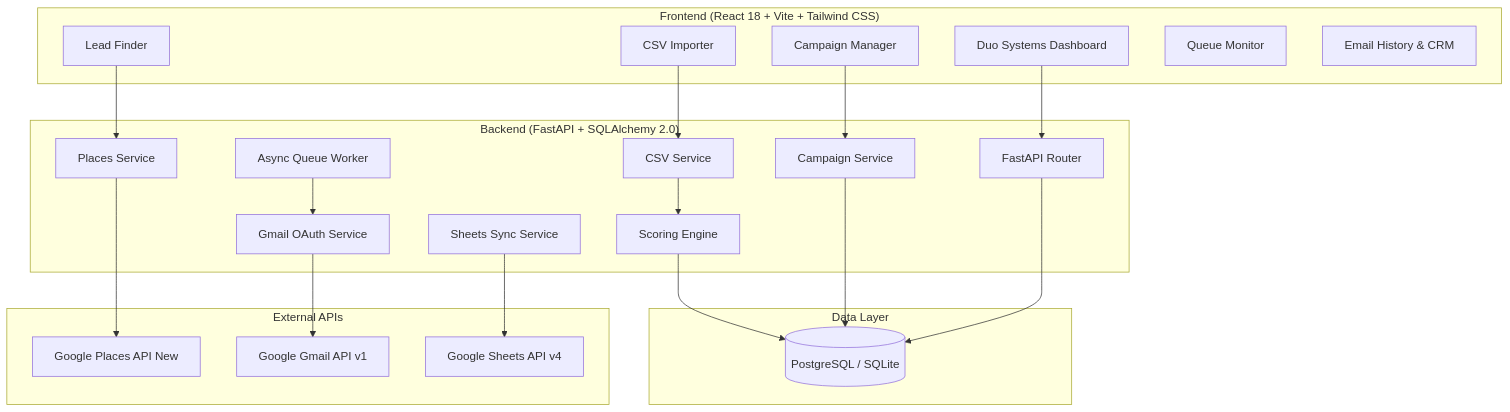
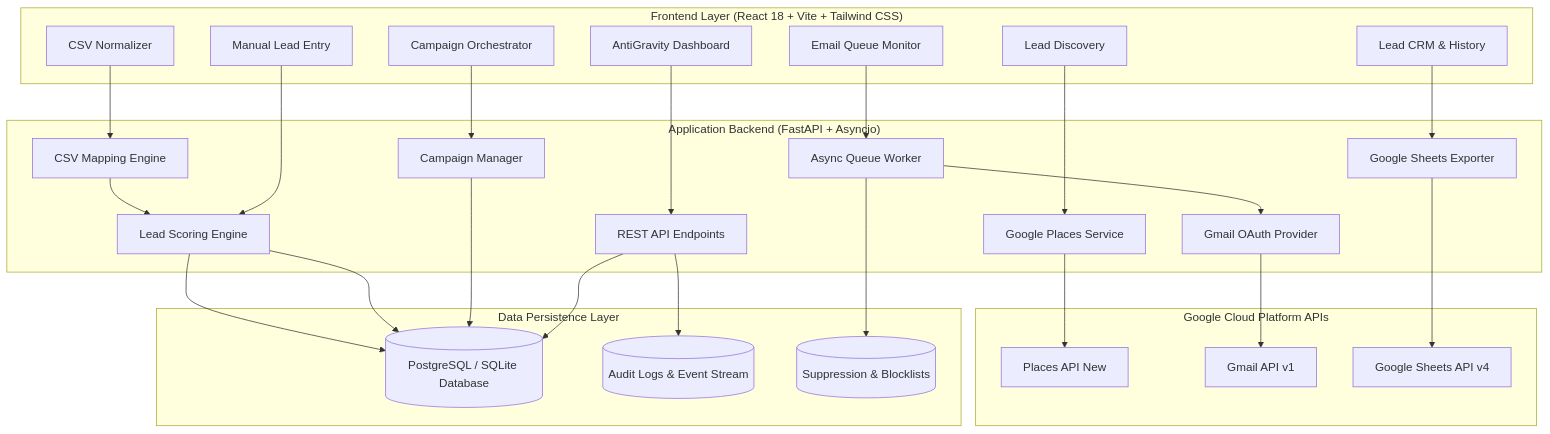
Before and after one commit to pk1519/OutreachOS: the diagram in README.md, drawn with Mermaid. The commit also changed other lines of this file, not shown here.

Commit message:
docs: write comprehensive professional README for AntiGravity

````diff
--- a/README.md
+++ b/README.md
@@ -80,40 +85,46 @@
 ```mermaid
 flowchart TD
-    subgraph Frontend ["Frontend (React 18 + Vite + Tailwind CSS)"]
-        UI[Duo Systems Dashboard]
-        LF[Lead Finder]
-        IMP[CSV Importer]
-        CAMP[Campaign Manager]
-        QUEUE[Queue Monitor]
-        HIST[Email History & CRM]
+    subgraph Client ["Frontend Layer (React 18 + Vite + Tailwind CSS)"]
+        UI[AntiGravity Dashboard]
+        LF[Lead Discovery]
+        IMP[CSV Normalizer]
+        MLE[Manual Lead Entry]
+        CAMP[Campaign Orchestrator]
+        QM[Email Queue Monitor]
+        CRM[Lead CRM & History]
     end
 
-    subgraph Backend ["Backend (FastAPI + SQLAlchemy 2.0)"]
-        API[FastAPI Router]
-        PS[Places Service]
-        CS[CSV Service]
-        SC[Scoring Engine]
-        CAMPS[Campaign Service]
-        WORKER[Async Queue Worker]
-        GMAIL[Gmail OAuth Service]
-        SHEETS[Sheets Sync Service]
+    subgraph Server ["Application Backend (FastAPI + Asyncio)"]
+        ROUTER[REST API Endpoints]
+        PLACES[Google Places Service]
+        PARSER[CSV Mapping Engine]
+        SCORER[Lead Scoring Engine]
+        CAMPSERV[Campaign Manager]
+        QUEUE[Async Queue Worker]
+        GMAIL[Gmail OAuth Provider]
+        SHEETS[Google Sheets Exporter]
     end
 
-    subgraph Storage ["Data Layer"]
-        DB[(PostgreSQL / SQLite)]
+    subgraph Storage ["Data Persistence Layer"]
+        DB[(PostgreSQL / SQLite Database)]
+        AUDIT[(Audit Logs & Event Stream)]
+        SUPPRESS[(Suppression & Blocklists)]
     end
 
-    subgraph External ["External APIs"]
-        G_PLACES[Google Places API New]
-        G_MAIL[Google Gmail API v1]
+    subgraph Google ["Google Cloud Platform APIs"]
+        G_PLACES[Places API New]
+        G_MAIL[Gmail API v1]
         G_SHEETS[Google Sheets API v4]
     end
 
-    UI --> API
-    LF --> PS --> G_PLACES
-    IMP --> CS --> SC --> DB
-    CAMP --> CAMPS --> DB
-    WORKER --> GMAIL --> G_MAIL
-    SHEETS --> G_SHEETS
-    API --> DB
+    UI --> ROUTER
+    LF --> PLACES --> G_PLACES
+    IMP --> PARSER --> SCORER --> DB
+    MLE --> SCORER --> DB
+    CAMP --> CAMPSERV --> DB
+    QM --> QUEUE --> GMAIL --> G_MAIL
+    CRM --> SHEETS --> G_SHEETS
+    ROUTER --> DB
+    ROUTER --> AUDIT
+    QUEUE --> SUPPRESS
 ```
````
